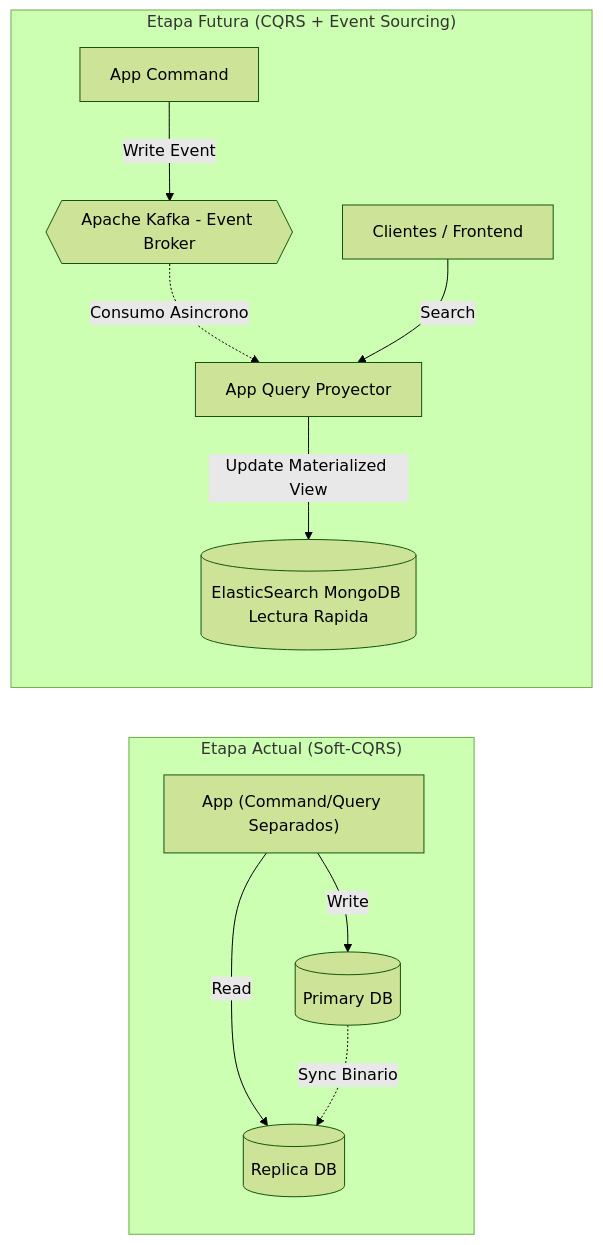
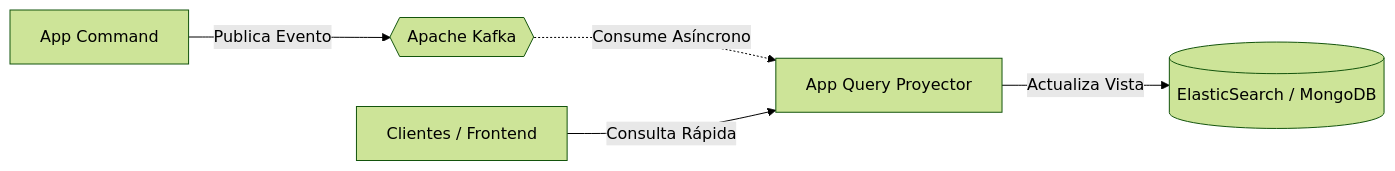
One commit to teamdroid-trainer/docs-docusaurus-trainer changed the third of 3 diagrams in docs/backend-java-quarkus/04-persistencia-cache/persistencia-cqrs-postgres.md. Above: the diagram before and after it, drawn with Mermaid (forest theme). The commit also changed other lines of this file and 35 other files, not shown here.

````diff
--- a/docs/backend-java-quarkus/04-persistencia-cache/persistencia-cqrs-postgres.md
+++ b/docs/backend-java-quarkus/04-persistencia-cache/persistencia-cqrs-postgres.md
@@ -219,15 +225,7 @@
 ```mermaid
 graph LR
-    subgraph Actual ["Etapa Actual (Soft-CQRS)"]
-        APP["App (Command/Query Separados)"] -->|Write| DB1[(Primary DB)]
-        APP -->|Read| DB2[(Replica DB)]
-        DB1 -.->|Sync Binario| DB2
-    end
-
-    subgraph Futura ["Etapa Futura (CQRS + Event Sourcing)"]
-        APP2["App Command"] -->|Write Event| KAFKA{{Apache Kafka - Event Broker}}
-        KAFKA -.->|Consumo Asincrono| APP3["App Query Proyector"]
-        APP3 -->|Update Materialized View| ES[(ElasticSearch MongoDB Lectura Rapida)]
-        APP_CLIENT["Clientes / Frontend"] -->|Search| APP3
-    end
+    CMD["App Command"] -->|Publica Evento| KAFKA{{Apache Kafka}}
+    KAFKA -.->|Consume Asíncrono| PROJ["App Query Proyector"]
+    PROJ -->|Actualiza Vista| ES[(ElasticSearch / MongoDB)]
+    CLI["Clientes / Frontend"] -->|Consulta Rápida| PROJ
 ```
````
